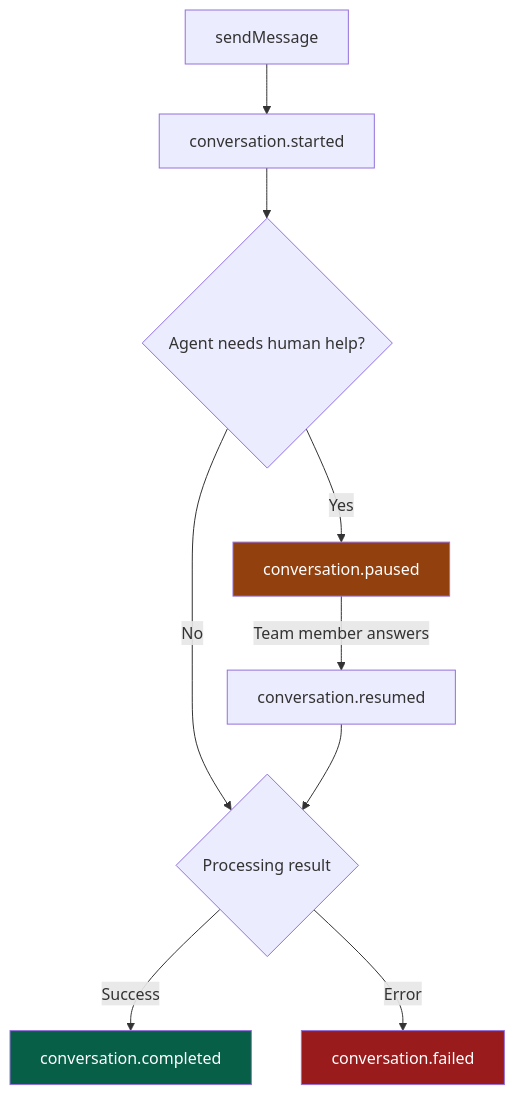
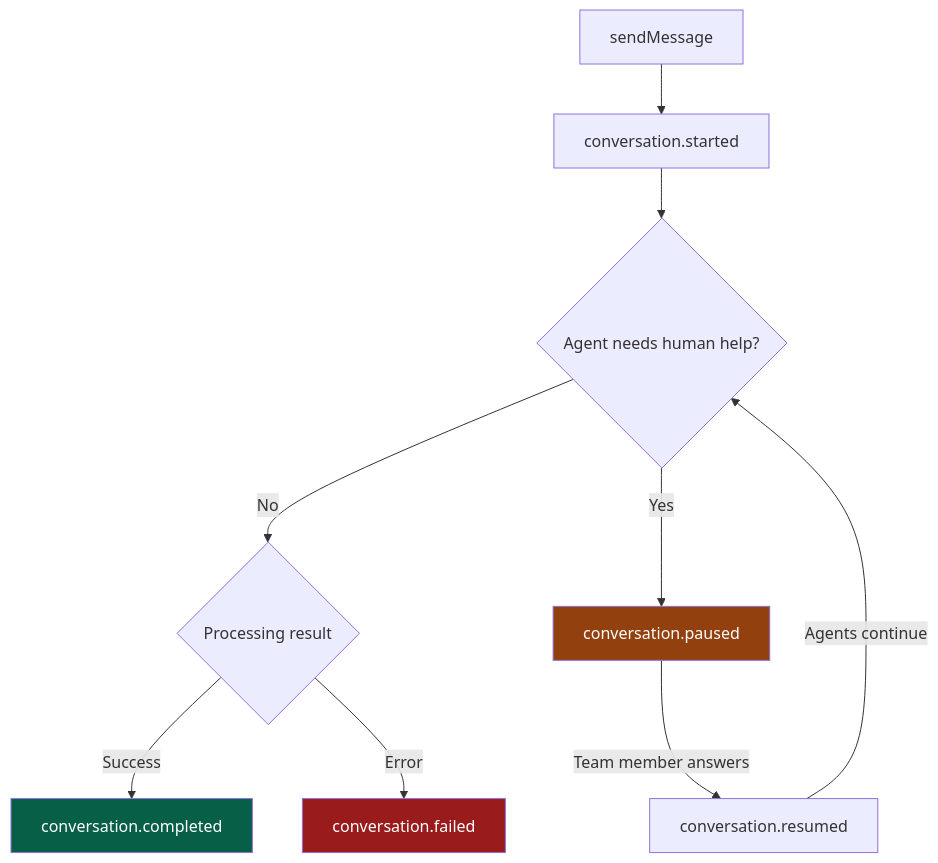
The second of 2 diagrams in README.md (AD-Conculting-AI/herald-bundle), drawn with Mermaid before and after one commit. The commit also changed other lines of this file, not shown here.

Commit message:
docs: add HITL loop in diagrams — paused/resumed can repeat multiple times

````diff
--- a/README.md
+++ b/README.md
@@ -122,15 +132,15 @@
 ```mermaid
 flowchart TD
     A[sendMessage] --> B[conversation.started]
     B --> C{Agent needs human help?}
-    C -- No --> F
+    C -- No --> F{Processing result}
     C -- Yes --> D[conversation.paused]
     D -- Team member answers --> E[conversation.resumed]
-    E --> F{Processing result}
+    E -- Agents continue --> C
     F -- Success --> G[conversation.completed]
     F -- Error --> H[conversation.failed]
 
     style G fill:#065f46,color:#fff
     style H fill:#991b1b,color:#fff
     style D fill:#92400e,color:#fff
 ```
````
